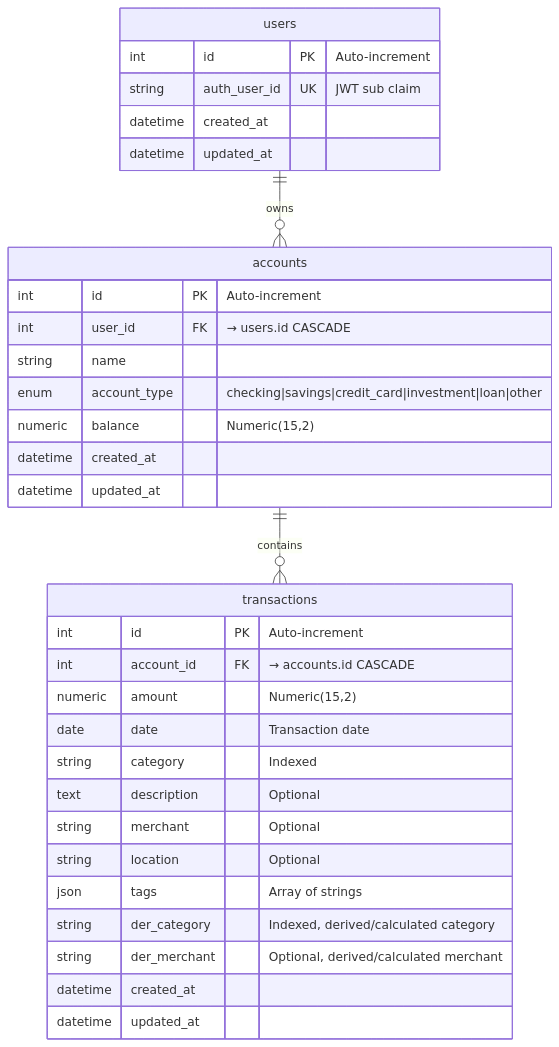
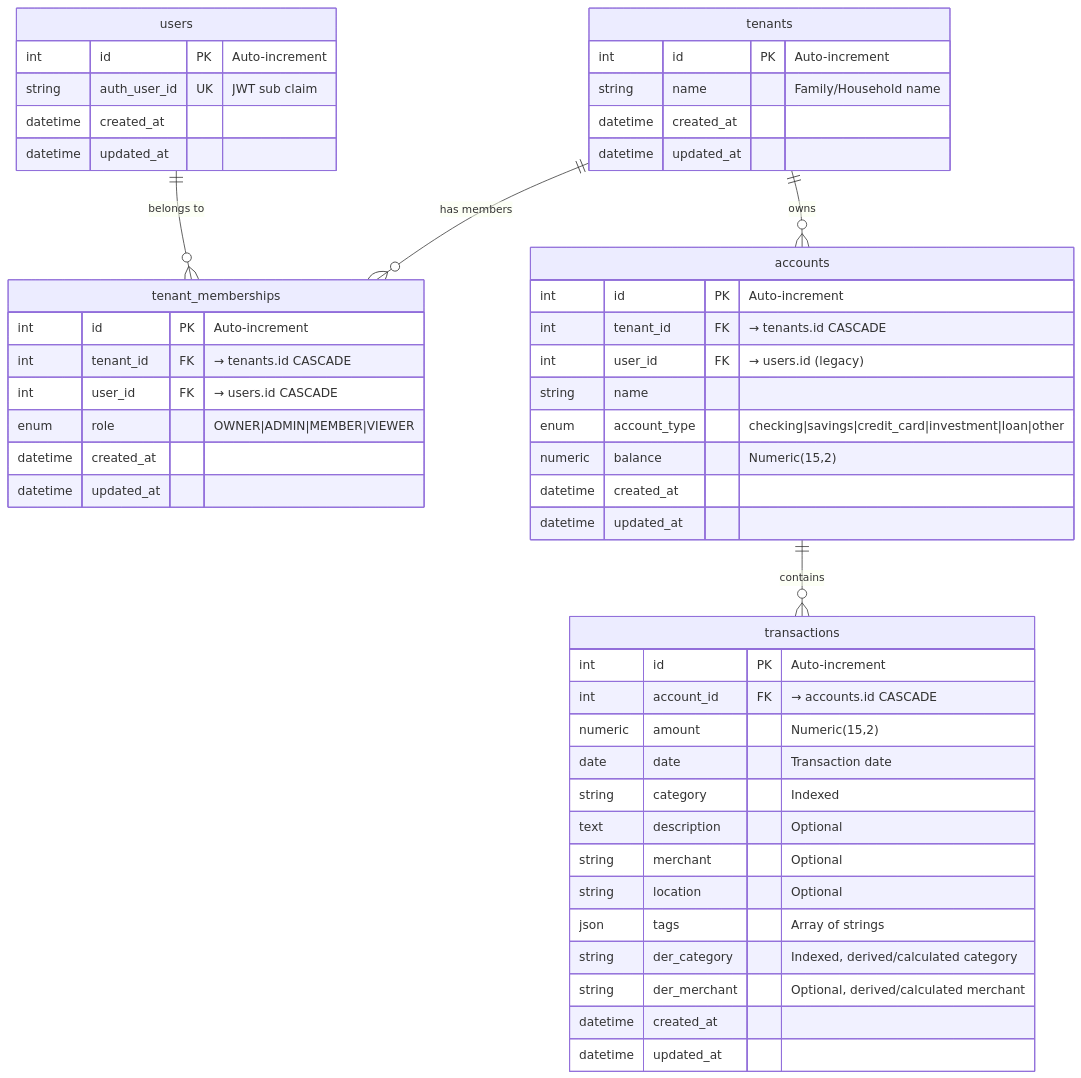
One commit to jtuchinsky/finance_planner changed the diagram in docs/SCHEMAS.md. Above: the diagram before and after it, drawn with Mermaid. The commit also changed other lines of this file, not shown here.

First line of the commit message:
docs: Update SCHEMAS.md for multi-tenant architecture

````diff
--- a/docs/SCHEMAS.md
+++ b/docs/SCHEMAS.md
@@ -85,38 +96,57 @@
 ```mermaid
 erDiagram
-    users ||--o{ accounts : "owns"
+    tenants ||--o{ tenant_memberships : "has members"
+    tenants ||--o{ accounts : "owns"
+    users ||--o{ tenant_memberships : "belongs to"
     accounts ||--o{ transactions : "contains"
+
+    tenants {
+        int id PK "Auto-increment"
+        string name "Family/Household name"
+        datetime created_at
+        datetime updated_at
+    }
+
+    tenant_memberships {
+        int id PK "Auto-increment"
+        int tenant_id FK "→ tenants.id CASCADE"
+        int user_id FK "→ users.id CASCADE"
+        enum role "OWNER|ADMIN|MEMBER|VIEWER"
+        datetime created_at
+        datetime updated_at
+    }
 
     users {
         int id PK "Auto-increment"
         string auth_user_id UK "JWT sub claim"
         datetime created_at
         datetime updated_at
     }
 
     accounts {
         int id PK "Auto-increment"
-        int user_id FK "→ users.id CASCADE"
+        int tenant_id FK "→ tenants.id CASCADE"
+        int user_id FK "→ users.id (legacy)"
         string name
         enum account_type "checking|savings|credit_card|investment|loan|other"
         numeric balance "Numeric(15,2)"
         datetime created_at
         datetime updated_at
     }
 
     transactions {
         int id PK "Auto-increment"
         int account_id FK "→ accounts.id CASCADE"
         numeric amount "Numeric(15,2)"
         date date "Transaction date"
         string category "Indexed"
         text description "Optional"
         string merchant "Optional"
         string location "Optional"
         json tags "Array of strings"
         string der_category "Indexed, derived/calculated category"
         string der_merchant "Optional, derived/calculated merchant"
         datetime created_at
         datetime updated_at
     }
 ```
````
